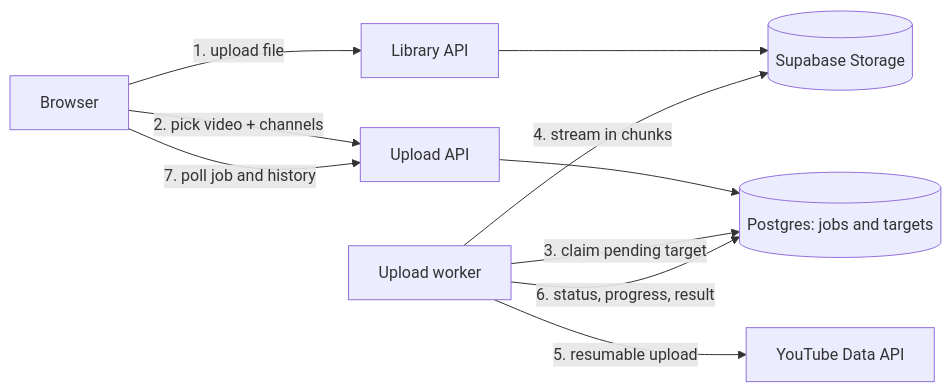
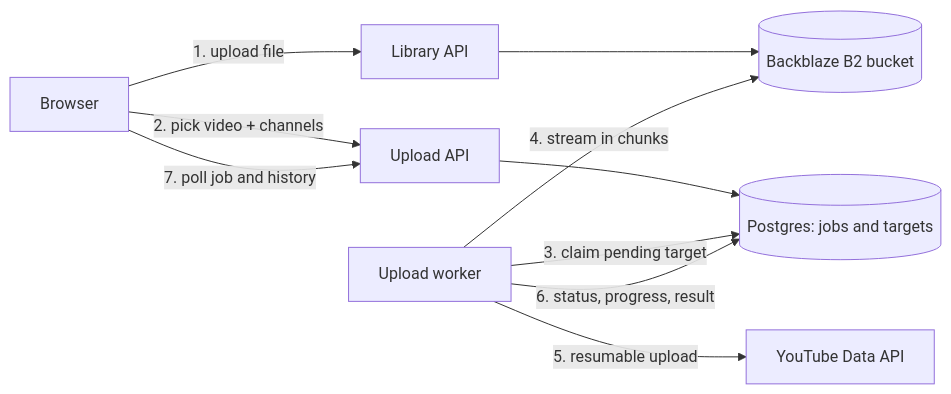
Before and after one commit to rohitmukati/Youtube-Automation-Backend: the diagram in README.md, drawn with Mermaid. The commit also changed other lines of this file and 4 other files, not shown here.

````diff
--- a/README.md
+++ b/README.md
@@ -51,12 +52,12 @@
 ```mermaid
 flowchart LR
     A[Browser] -->|1. upload file| B[Library API]
-    B --> C[(Supabase Storage)]
+    B --> C[(Backblaze B2 bucket)]
     A -->|2. pick video + channels| D[Upload API]
     D --> E[(Postgres: jobs and targets)]
     F[Upload worker] -->|3. claim pending target| E
     F -->|4. stream in chunks| C
     F -->|5. resumable upload| G[YouTube Data API]
     F -->|6. status, progress, result| E
     A -->|7. poll job and history| D
 ```
````
